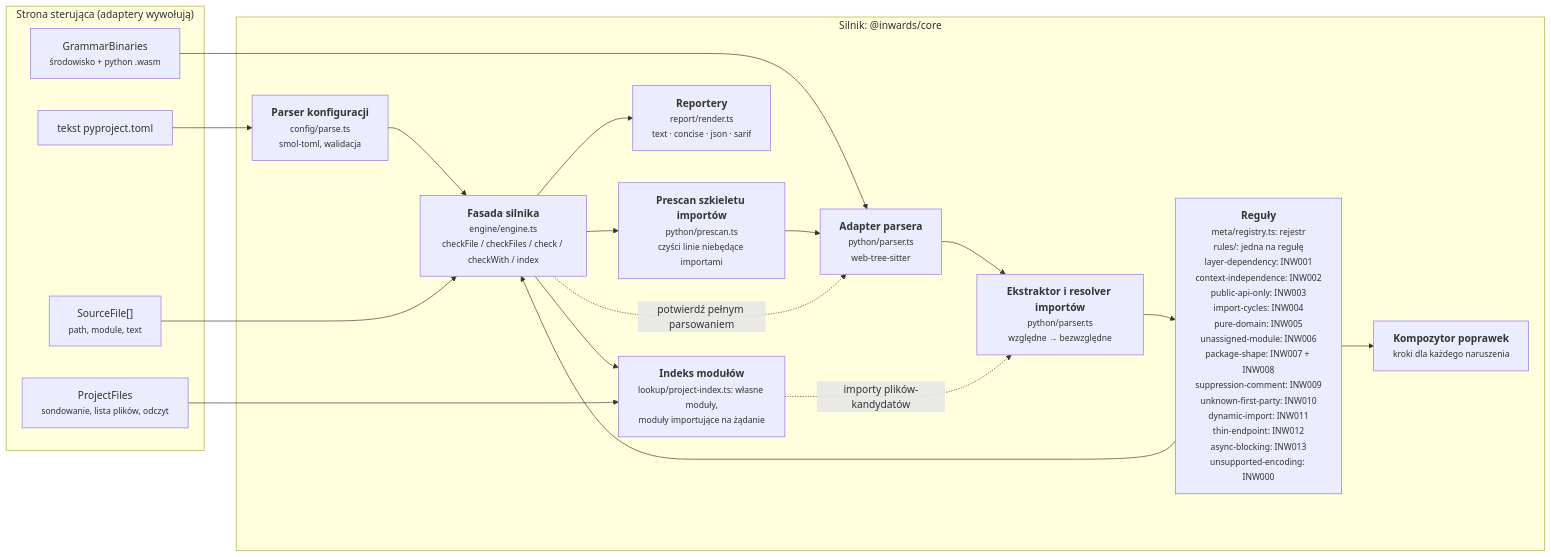
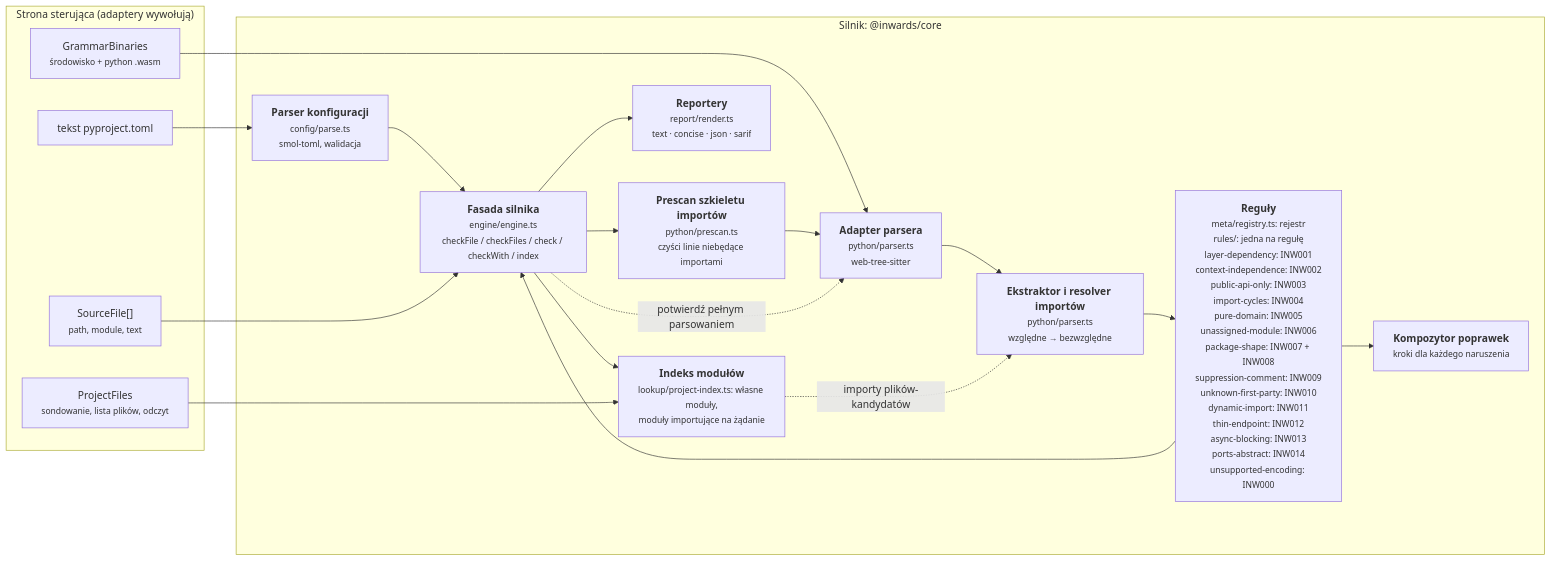
Before and after one commit to SirCypkowskyy/inwards: the third of 6 diagrams in docs/pl/03-Architecture-C4.md, drawn with Mermaid. The commit also changed other lines of this file and 31 other files, not shown here.

First line of the commit message:
feat(rules): add INW014 ports-abstract so port modules hold only ABCs and Protocols

````diff
--- a/docs/pl/03-Architecture-C4.md
+++ b/docs/pl/03-Architecture-C4.md
@@ -110,33 +110,33 @@
 ```mermaid
 flowchart LR
     subgraph driving["Strona sterująca (adaptery wywołują)"]
         files["SourceFile[]<br/><small>path, module, text</small>"]
         cfgtext["tekst pyproject.toml"]
         wasm["GrammarBinaries<br/><small>środowisko + python .wasm</small>"]
         pfiles["ProjectFiles<br/><small>sondowanie, lista plików, odczyt</small>"]
     end
 
     subgraph enginebox["Silnik: @inwards/core"]
         config["<b>Parser konfiguracji</b><br/><small>config/parse.ts<br/>smol-toml, walidacja</small>"]
         pre["<b>Prescan szkieletu importów</b><br/><small>python/prescan.ts<br/>czyści linie niebędące importami</small>"]
         parser["<b>Adapter parsera</b><br/><small>python/parser.ts<br/>web-tree-sitter</small>"]
         extract["<b>Ekstraktor i resolver importów</b><br/><small>python/parser.ts<br/>względne → bezwzględne</small>"]
-        rules["<b>Reguły</b><br/><small>meta/registry.ts: rejestr<br/>rules/: jedna na regułę<br/>layer-dependency: INW001<br/>context-independence: INW002<br/>public-api-only: INW003<br/>import-cycles: INW004<br/>pure-domain: INW005<br/>unassigned-module: INW006<br/>package-shape: INW007 + INW008<br/>suppression-comment: INW009<br/>unknown-first-party: INW010<br/>dynamic-import: INW011<br/>thin-endpoint: INW012<br/>async-blocking: INW013<br/>unsupported-encoding: INW000</small>"]
+        rules["<b>Reguły</b><br/><small>meta/registry.ts: rejestr<br/>rules/: jedna na regułę<br/>layer-dependency: INW001<br/>context-independence: INW002<br/>public-api-only: INW003<br/>import-cycles: INW004<br/>pure-domain: INW005<br/>unassigned-module: INW006<br/>package-shape: INW007 + INW008<br/>suppression-comment: INW009<br/>unknown-first-party: INW010<br/>dynamic-import: INW011<br/>thin-endpoint: INW012<br/>async-blocking: INW013<br/>ports-abstract: INW014<br/>unsupported-encoding: INW000</small>"]
         fix["<b>Kompozytor poprawek</b><br/><small>kroki dla każdego naruszenia</small>"]
         report["<b>Reportery</b><br/><small>report/render.ts<br/>text · concise · json · sarif</small>"]
         engine["<b>Fasada silnika</b><br/><small>engine/engine.ts<br/>checkFile / checkFiles / check / checkWith / index</small>"]
         modgraph["<b>Indeks modułów</b><br/><small>lookup/project-index.ts: własne moduły,<br/>moduły importujące na żądanie</small>"]
     end
 
     cfgtext --> config --> engine
     wasm --> parser
     files --> engine
     engine --> pre --> parser --> extract --> rules
     rules --> fix
     rules --> engine
     engine -. "potwierdź pełnym parsowaniem" .-> parser
     engine --> modgraph
     pfiles --> modgraph
     modgraph -. "importy plików-kandydatów" .-> extract
     engine --> report
 ```
````
